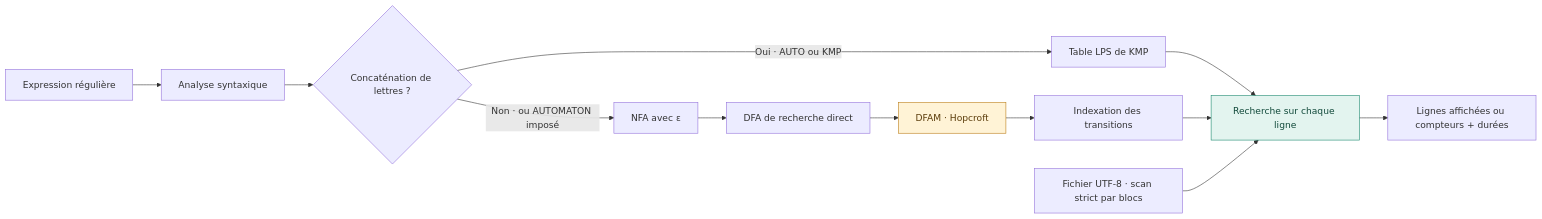
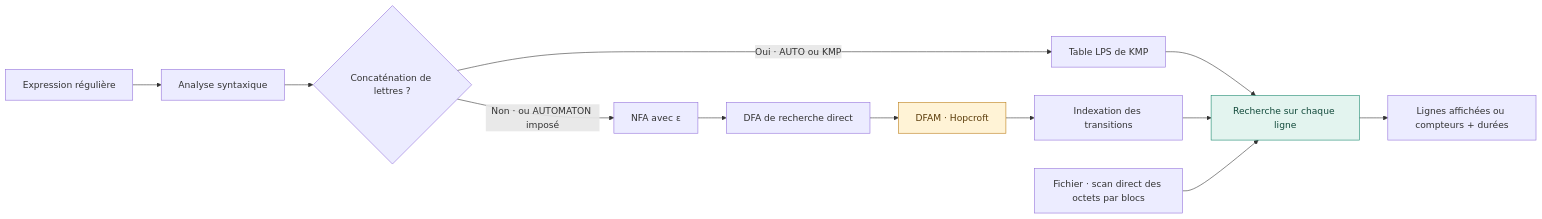
The diagram in README.md (YahyaMudallal/regex-search), drawn with Mermaid before and after one commit. The commit also changed other lines of this file and 48 other files, not shown here.

````diff
--- a/README.md
+++ b/README.md
@@ -102,16 +102,16 @@
 ```mermaid
 flowchart LR
     R["Expression régulière"] --> P["Analyse syntaxique"]
     P --> C{"Concaténation de lettres ?"}
     C -->|"Oui · AUTO ou KMP"| K["Table LPS de KMP"]
     C -->|"Non · ou AUTOMATON imposé"| N["NFA avec ε"]
     N --> D["DFA de recherche direct"]
     D --> M["DFAM · Hopcroft"]
     M --> S["Indexation des transitions"]
     K --> L["Recherche sur chaque ligne"]
     S --> L
-    F["Fichier UTF-8 · scan strict par blocs"] --> L
+    F["Fichier · scan direct des octets par blocs"] --> L
     L --> O["Lignes affichées ou compteurs + durées"]
     style M fill:#fff3d6,stroke:#ba7b13,color:#5b3c0a
     style L fill:#e3f4ef,stroke:#16866b,color:#124a3b
 ```
````
